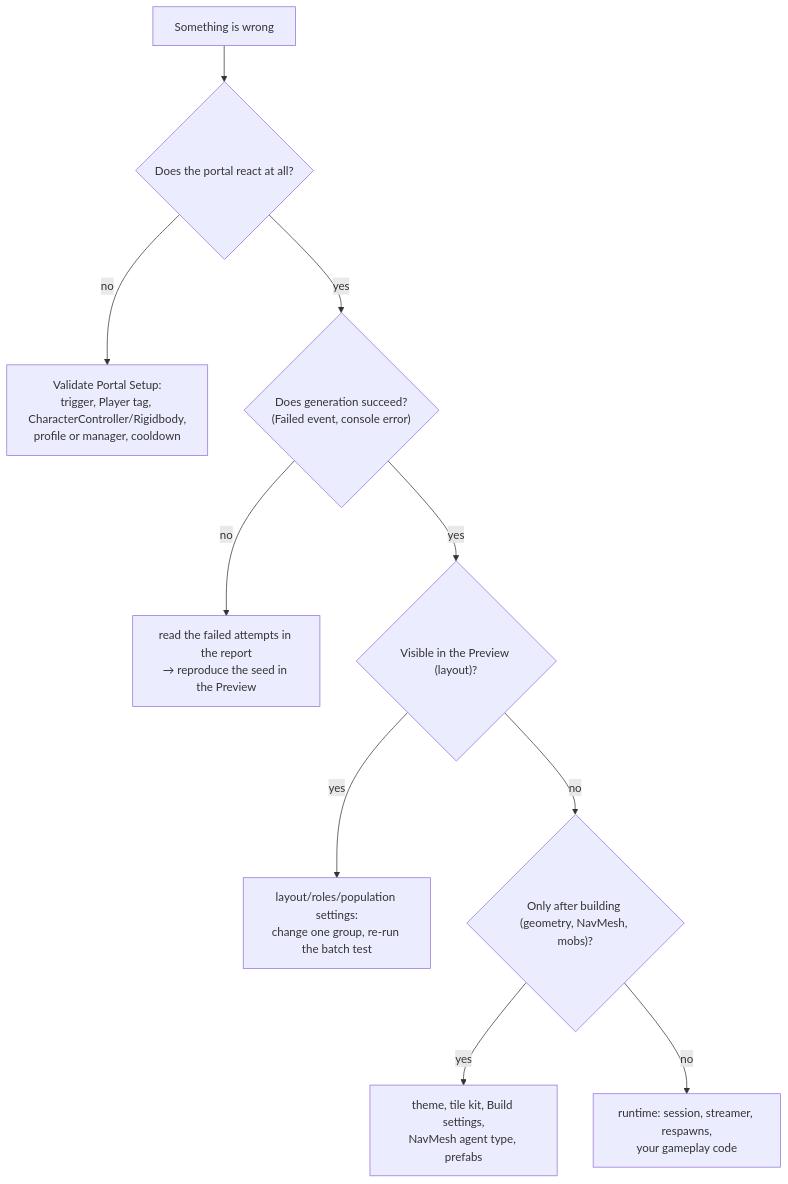
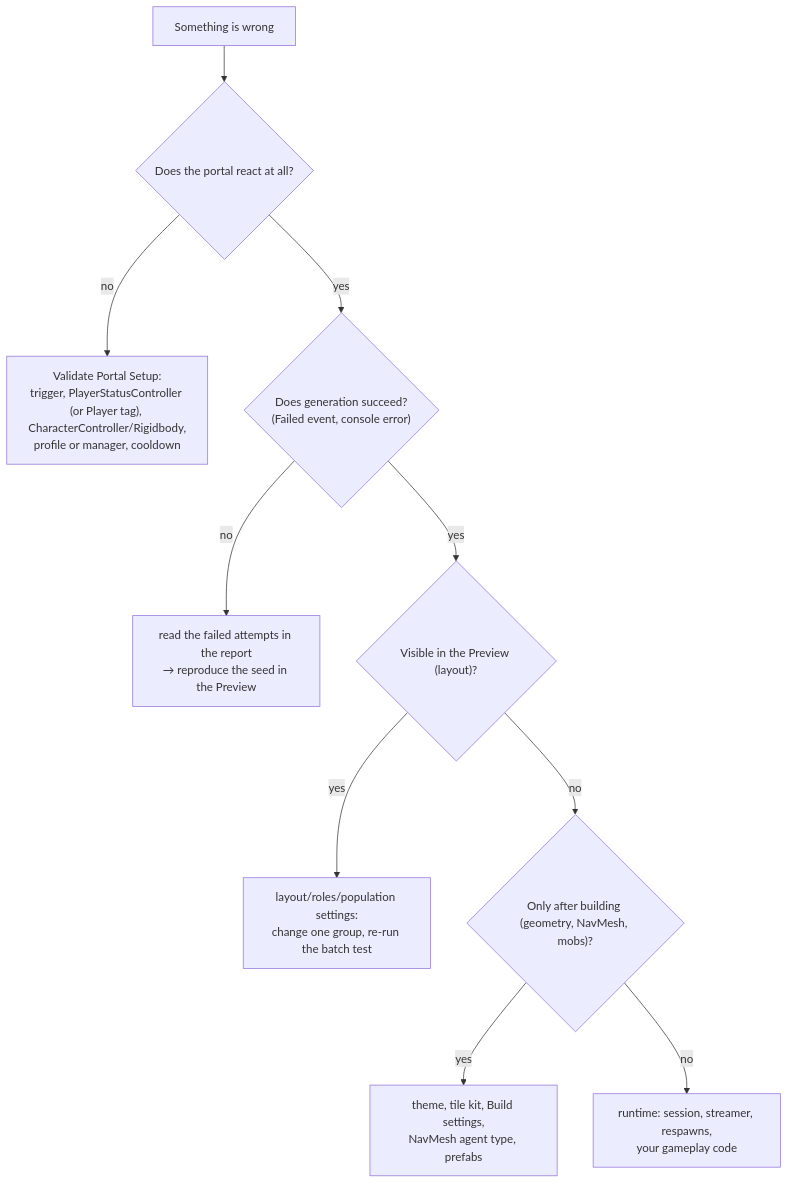
Before and after one commit to Kaynan-Jamelaumn/SimpleMovementsUnityPackage: the diagram in Documentation/Dungeon/13-Debugging.md, drawn with Mermaid. The commit also changed 211 other files, not shown here.

````diff
--- a/Documentation/Dungeon/13-Debugging.md
+++ b/Documentation/Dungeon/13-Debugging.md
@@ -19,12 +19,12 @@
 ```mermaid
 flowchart TD
     A["Something is wrong"] --> B{"Does the portal react at all?"}
-    B -- no --> P["Validate Portal Setup:<br/>trigger, Player tag, CharacterController/Rigidbody,<br/>profile or manager, cooldown"]
+    B -- no --> P["Validate Portal Setup:<br/>trigger, PlayerStatusController (or Player tag), CharacterController/Rigidbody,<br/>profile or manager, cooldown"]
     B -- yes --> C{"Does generation succeed?<br/>(Failed event, console error)"}
     C -- no --> D["read the failed attempts in the report<br/>→ reproduce the seed in the Preview"]
     C -- yes --> E{"Visible in the Preview (layout)?"}
     E -- yes --> F["layout/roles/population settings:<br/>change one group, re-run the batch test"]
     E -- no --> G{"Only after building (geometry, NavMesh, mobs)?"}
     G -- yes --> H["theme, tile kit, Build settings,<br/>NavMesh agent type, prefabs"]
     G -- no --> I["runtime: session, streamer, respawns,<br/>your gameplay code"]
 ```
````
